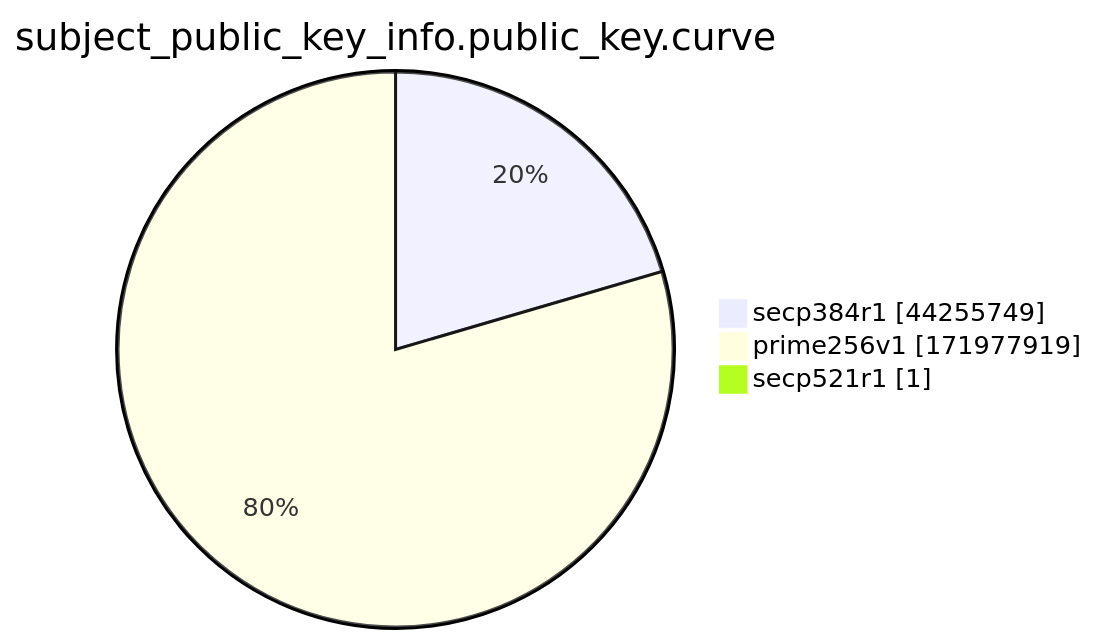
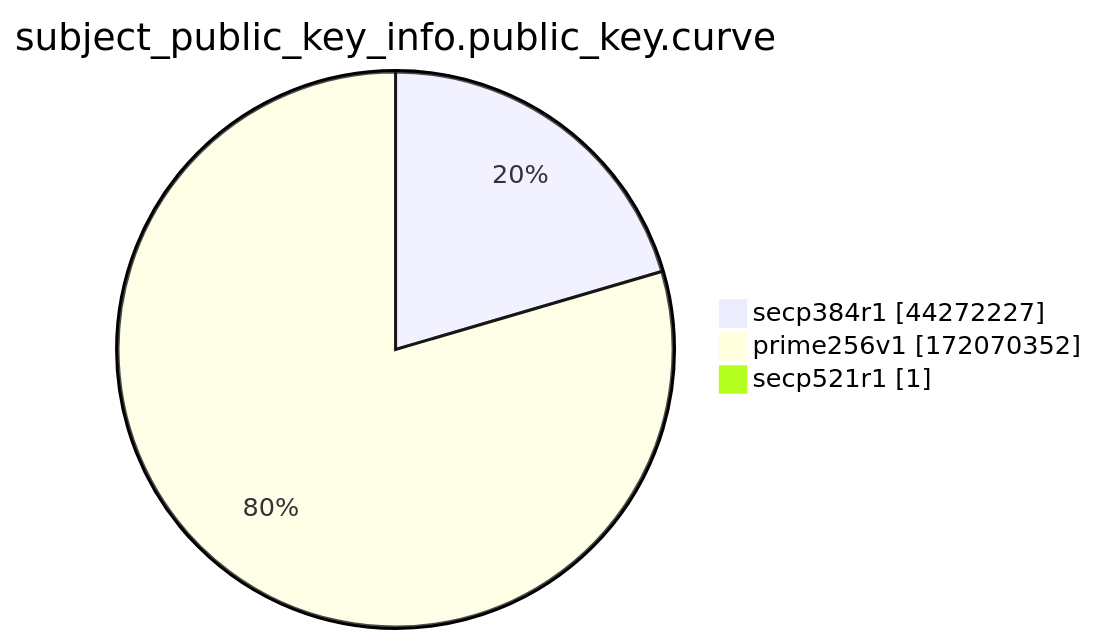
Before and after one commit to christiankrug/ctmonitor_visualization: the ninth of 15 diagrams in xenon2022/README.md, drawn with Mermaid. The commit also changed other lines of this file, not shown here.

````diff
--- a/xenon2022/README.md
+++ b/xenon2022/README.md
@@ -2871,7 +2871,7 @@
 ```mermaid
 pie showData
 title subject_public_key_info.public_key.curve
-"secp384r1" :44255749
-"prime256v1" :171977919
+"secp384r1" :44272227
+"prime256v1" :172070352
 "secp521r1" :1
 ```
````
